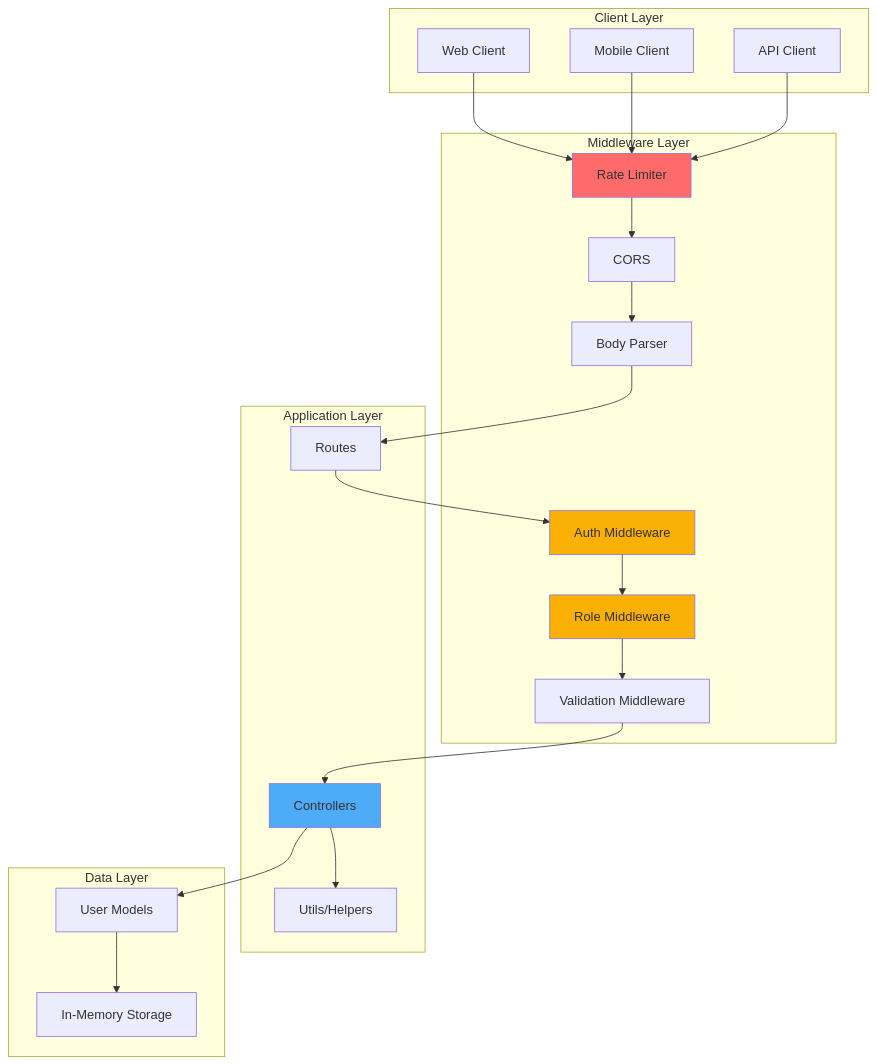
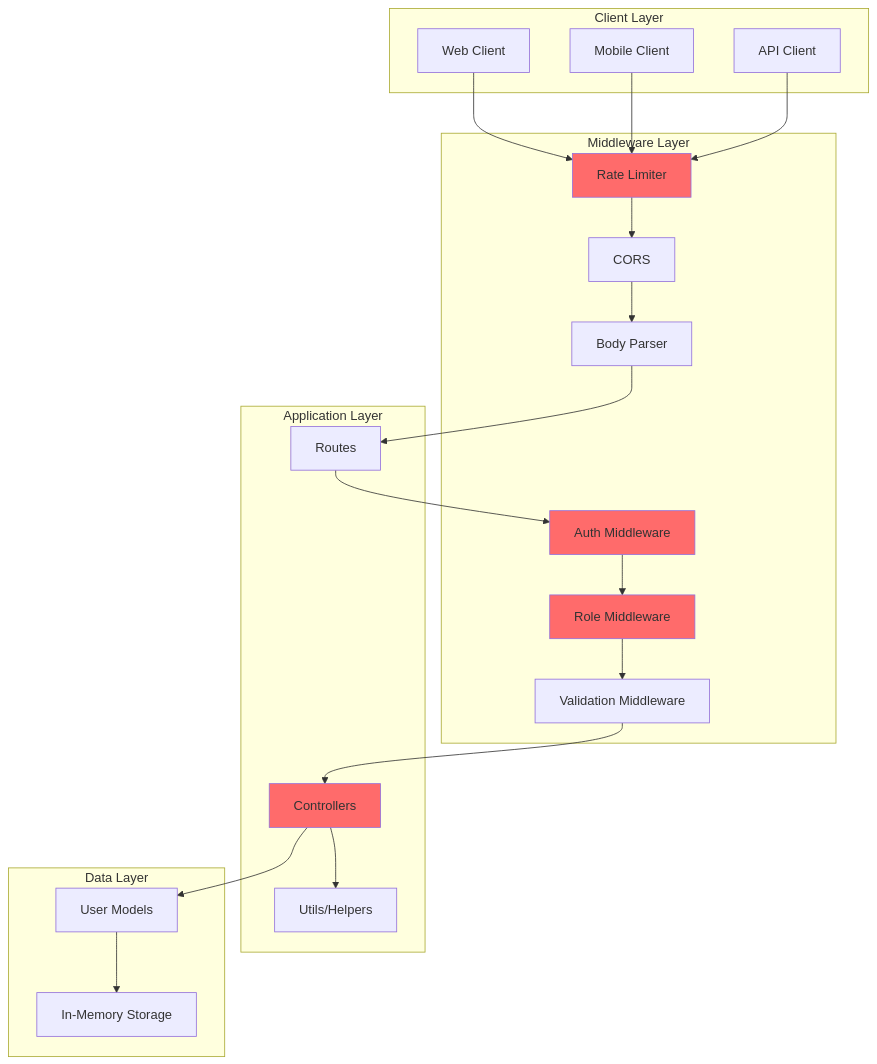
Before and after one commit to arturoCrisanto/UserManagement-ProperFolder-Struc: the first of 2 diagrams in readme.md, drawn with Mermaid.

Commit message:
fix: Update flowchart styles for improved visibility in documentation

````diff
--- a/readme.md
+++ b/readme.md
@@ -177,47 +177,47 @@
 ```mermaid
 flowchart TB
     subgraph "Client Layer"
         A[Web Client]
         B[Mobile Client]
         C[API Client]
     end
 
     subgraph "Middleware Layer"
         D[Rate Limiter]
         E[CORS]
         F[Body Parser]
         G[Auth Middleware]
         H[Role Middleware]
         I[Validation Middleware]
     end
 
     subgraph "Application Layer"
         J[Routes]
         K[Controllers]
         L[Utils/Helpers]
     end
 
     subgraph "Data Layer"
         M[User Models]
         N[In-Memory Storage]
     end
 
     A --> D
     B --> D
     C --> D
     D --> E
     E --> F
     F --> J
     J --> G
     G --> H
     H --> I
     I --> K
     K --> L
     K --> M
     M --> N
 
     style D fill:#ff6b6b
-    style G fill:#fab005
-    style H fill:#fab005
-    style K fill:#4dabf7
+    style G fill:#ff6b6b
+    style H fill:#ff6b6b
+    style K fill:#ff6b6b
 ```
````
